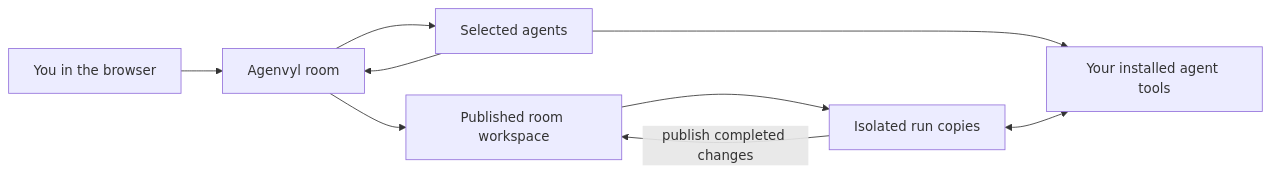
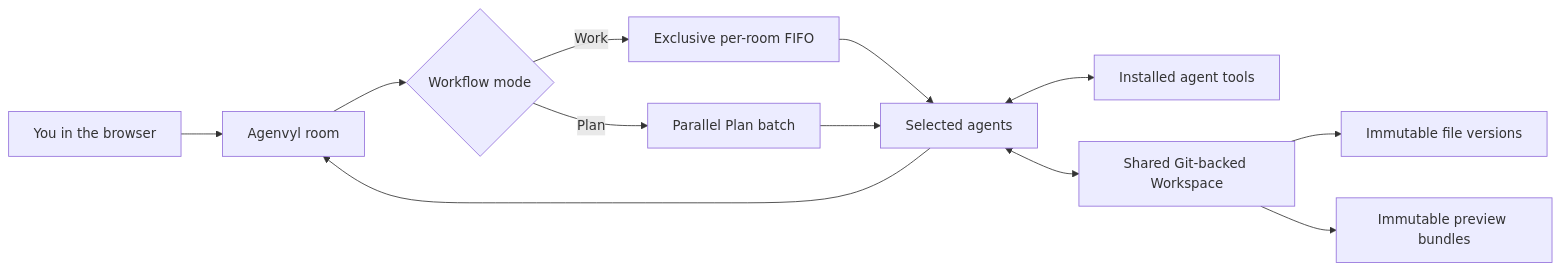
The first of 4 diagrams in docs/architecture/overview.md (riffi/agenvyl), drawn with Mermaid before and after one commit. The commit also changed other lines of this file and 42 other files, not shown here.

Commit message:
feat: make Plan the default parallel workflow

````diff
--- a/docs/architecture/overview.md
+++ b/docs/architecture/overview.md
@@ -14,11 +12,14 @@
 ```mermaid
 flowchart LR
   User[You in the browser] --> Room[Agenvyl room]
-  Room --> Agents[Selected agents]
-  Agents --> Tools[Your installed agent tools]
-  Room --> Files[Published room workspace]
-  Files --> Copies[Isolated run copies]
-  Copies <--> Tools
-  Copies -->|publish completed changes| Files
+  Room --> Mode{Workflow mode}
+  Mode -->|Work| Queue[Exclusive per-room FIFO]
+  Mode -->|Plan| Parallel[Parallel Plan batch]
+  Queue --> Agents[Selected agents]
+  Parallel --> Agents
+  Agents <--> Tools[Installed agent tools]
+  Agents <--> Files[Shared Git-backed Workspace]
   Agents --> Room
+  Files --> Versions[Immutable file versions]
+  Files --> Builds[Immutable preview bundles]
 ```
````
